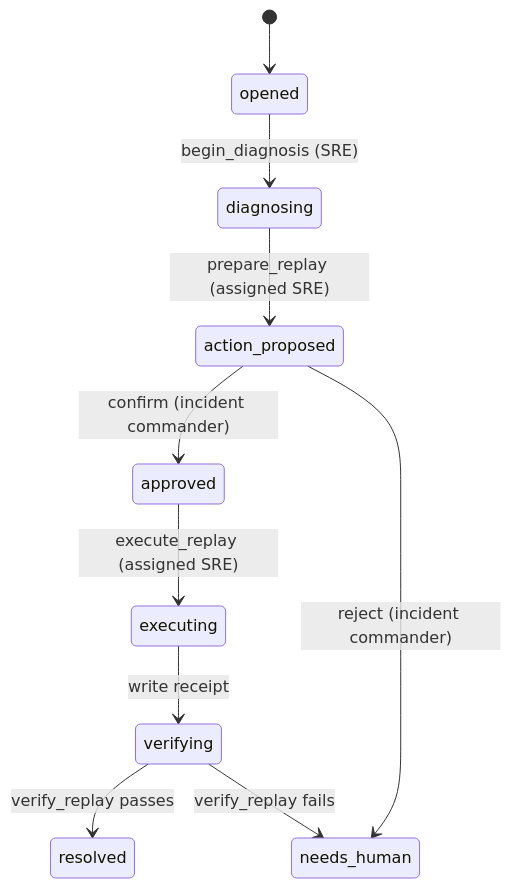
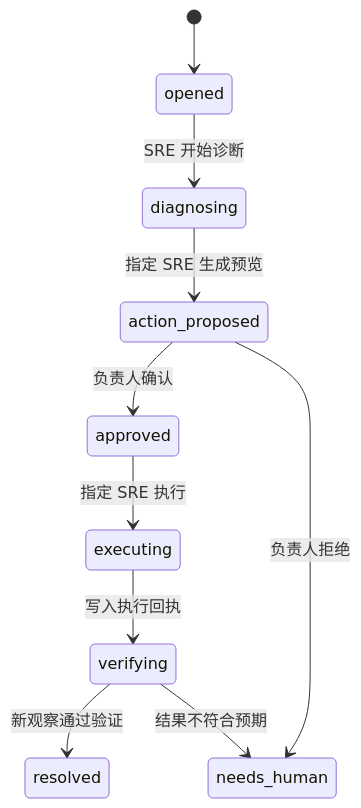
The second of 3 diagrams in book/part-4/chapter-17.md (LENSHOOD/enterprise-context-book), drawn with Mermaid before and after one commit. The commit also changed other lines of this file and 7 other files, not shown here.

````diff
--- a/book/part-4/chapter-17.md
+++ b/book/part-4/chapter-17.md
@@ -97,12 +106,12 @@
 ```mermaid
 stateDiagram-v2
   [*] --> opened
-  opened --> diagnosing: begin_diagnosis (SRE)
-  diagnosing --> action_proposed: prepare_replay (assigned SRE)
-  action_proposed --> approved: confirm (incident commander)
-  action_proposed --> needs_human: reject (incident commander)
-  approved --> executing: execute_replay (assigned SRE)
-  executing --> verifying: write receipt
-  verifying --> resolved: verify_replay passes
-  verifying --> needs_human: verify_replay fails
+  opened --> diagnosing: SRE 开始诊断
+  diagnosing --> action_proposed: 指定 SRE 生成预览
+  action_proposed --> approved: 负责人确认
+  action_proposed --> needs_human: 负责人拒绝
+  approved --> executing: 指定 SRE 执行
+  executing --> verifying: 写入执行回执
+  verifying --> resolved: 新观察通过验证
+  verifying --> needs_human: 结果不符合预期
 ```
````
